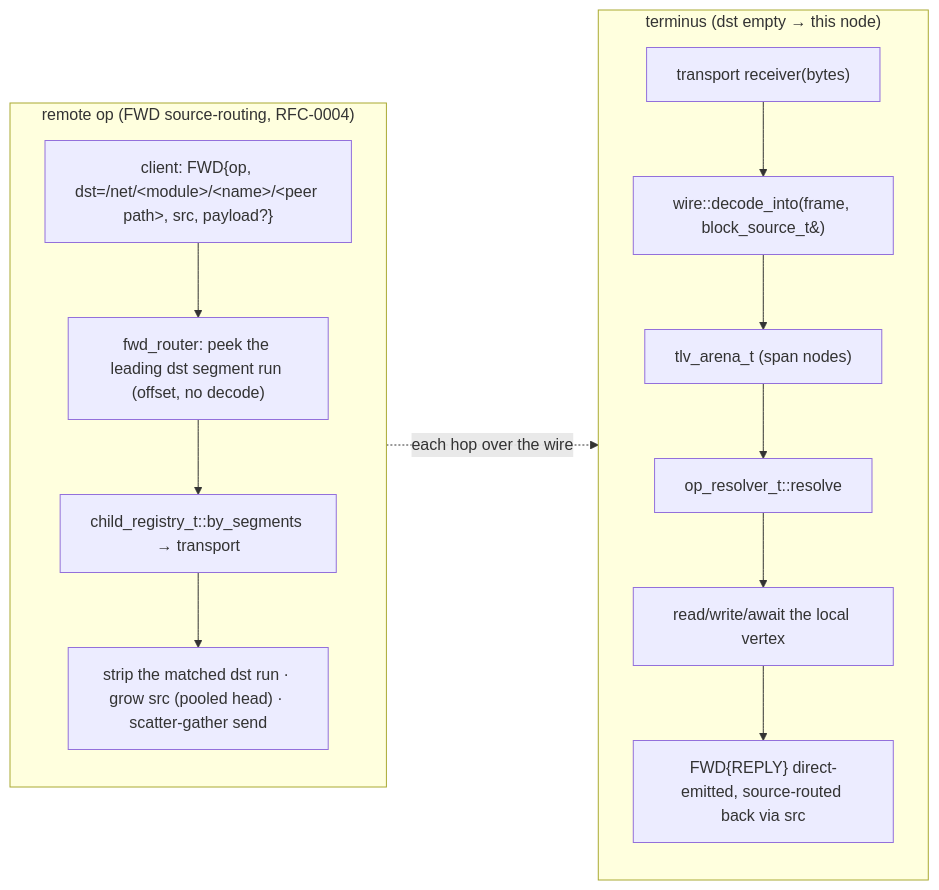
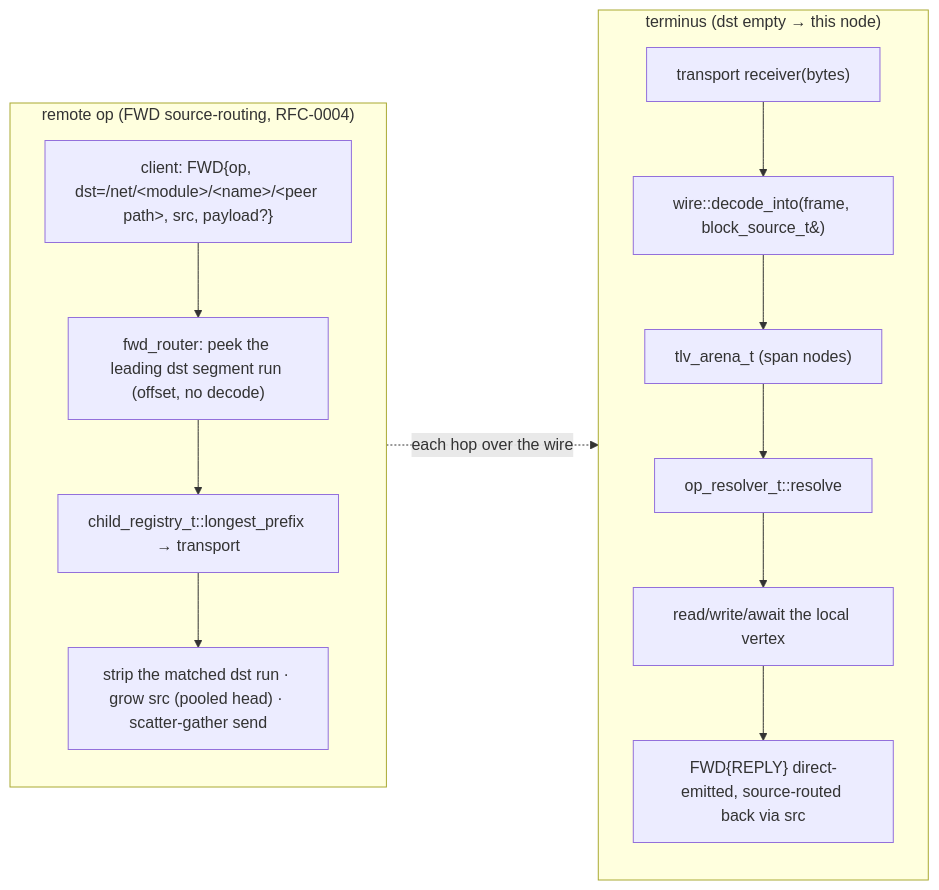
Before and after one commit to avatarsd-llc/libtracer: the second of 2 diagrams in docs/modules/interface-map.md, drawn with Mermaid. The commit also changed other lines of this file and 19 other files, not shown here.

````diff
--- a/docs/modules/interface-map.md
+++ b/docs/modules/interface-map.md
@@ -48,18 +48,18 @@
 ```{mermaid}
 flowchart LR
     subgraph fwd["remote op (FWD source-routing, RFC-0004)"]
         direction TB
         W1["client: FWD{op, dst=/net/&lt;module&gt;/&lt;name&gt;/&lt;peer path&gt;, src, payload?}"] --> W2["fwd_router: peek the leading dst segment run (offset, no decode)"]
-        W2 --> W3["child_registry_t::by_segments → transport"]
+        W2 --> W3["child_registry_t::longest_prefix → transport"]
         W3 --> W4["strip the matched dst run · grow src (pooled head) · scatter-gather send"]
     end
     subgraph term["terminus (dst empty → this node)"]
         direction TB
         R1["transport receiver(bytes)"] --> R1a["wire::decode_into(frame, block_source_t&amp;)"]
         R1a --> R1b["tlv_arena_t (span nodes)"]
         R1b --> R2["op_resolver_t::resolve"]
         R2 --> R3["read/write/await the local vertex"]
         R3 --> R4["FWD{REPLY} direct-emitted, source-routed back via src"]
     end
     fwd -. "each hop over the wire" .-> term
 ```
````
